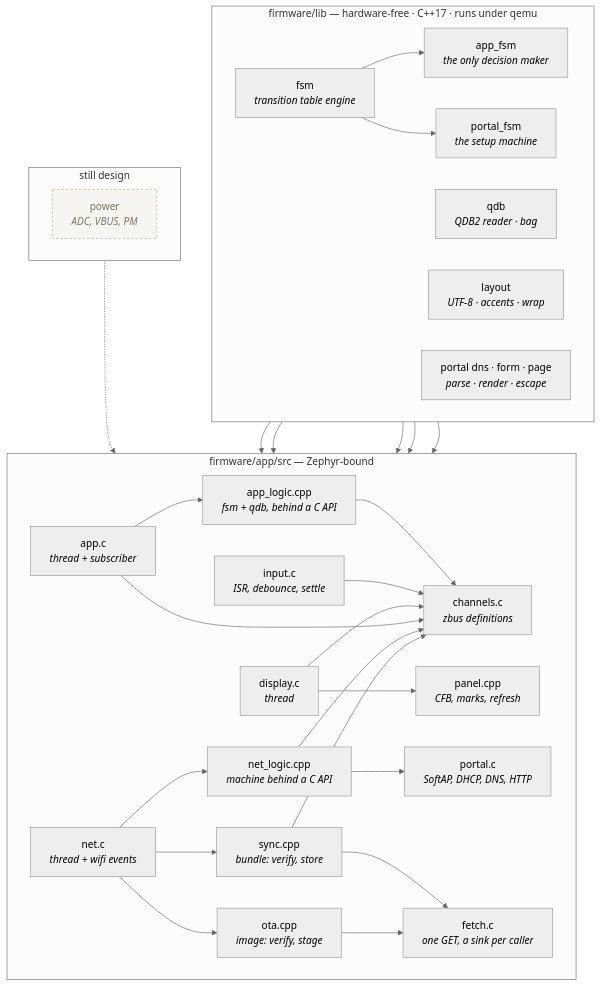
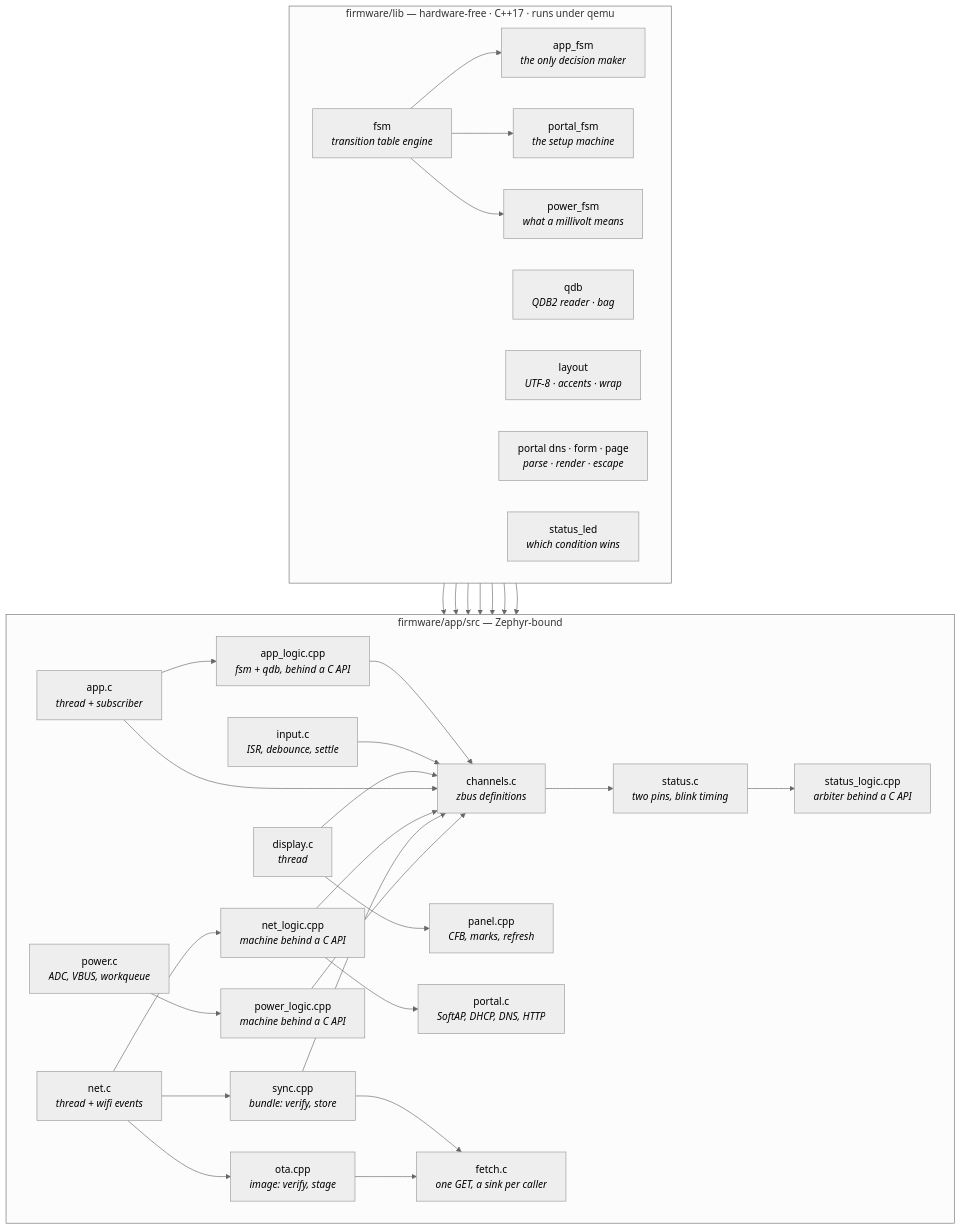
The fourth of 16 diagrams in docs/firmware_architecture.md (giacomomellone/cicala), drawn with Mermaid (neutral theme) before and after one commit. The commit also changed other lines of this file and 6 other files, not shown here.

````diff
--- a/docs/firmware_architecture.md
+++ b/docs/firmware_architecture.md
@@ -308,58 +349,65 @@
 ```mermaid
 flowchart TB
     subgraph pure["firmware/lib — hardware-free · C++17 · runs under qemu"]
         direction LR
         FSM[fsm<br/><i>transition table engine</i>]
         APPFSM[app_fsm<br/><i>the only decision maker</i>]
         QDB[qdb<br/><i>QDB2 reader · bag</i>]
         LAY[layout<br/><i>UTF-8 · accents · wrap</i>]
         PFSM[portal_fsm<br/><i>the setup machine</i>]
         PBITS[portal dns · form · page<br/><i>parse · render · escape</i>]
+        PWRFSM[power_fsm<br/><i>what a millivolt means</i>]
+        SLED[status_led<br/><i>which condition wins</i>]
     end
 
     subgraph glue["firmware/app/src — Zephyr-bound"]
         direction LR
         CHAN[channels.c<br/><i>zbus definitions</i>]
         INPUT[input.c<br/><i>ISR, debounce, settle</i>]
         APPC[app.c<br/><i>thread + subscriber</i>]
         LOGIC[app_logic.cpp<br/><i>fsm + qdb, behind a C API</i>]
         DISP[display.c<br/><i>thread</i>]
         PANEL[panel.cpp<br/><i>CFB, marks, refresh</i>]
         NETC[net.c<br/><i>thread + wifi events</i>]
         NLOG[net_logic.cpp<br/><i>machine behind a C API</i>]
         PORTALC[portal.c<br/><i>SoftAP, DHCP, DNS, HTTP</i>]
         FETCH[fetch.c<br/><i>one GET, a sink per caller</i>]
         SYNCC[sync.cpp<br/><i>bundle: verify, store</i>]
         OTAC[ota.cpp<br/><i>image: verify, stage</i>]
-    end
-
-    subgraph todo["still design"]
-        direction LR
-        POWER[power<br/><i>ADC, VBUS, PM</i>]:::t
+        PWRC[power.c<br/><i>ADC, VBUS, workqueue</i>]
+        PWRL[power_logic.cpp<br/><i>machine behind a C API</i>]
+        STATC[status.c<br/><i>two pins, blink timing</i>]
+        STATL[status_logic.cpp<br/><i>arbiter behind a C API</i>]
     end
 
     FSM --> APPFSM
     APPFSM --> LOGIC
     QDB --> LOGIC
     LAY --> PANEL
     APPC --> LOGIC
     LOGIC --> CHAN
     INPUT --> CHAN
     DISP --> PANEL
     DISP --> CHAN
     APPC --> CHAN
     FSM --> PFSM
     PFSM --> NLOG
     PBITS --> PORTALC
     NETC --> NLOG
     NLOG --> PORTALC
     NLOG --> CHAN
     NETC --> SYNCC
     NETC --> OTAC
     SYNCC --> FETCH
     OTAC --> FETCH
     SYNCC --> CHAN
-    POWER -.-> CHAN
+    FSM --> PWRFSM
+    PWRFSM --> PWRL
+    PWRC --> PWRL
+    PWRL --> CHAN
+    SLED --> STATL
+    STATC --> STATL
+    CHAN --> STATC
 
     classDef t fill:#f7f5f1,stroke:#b3aca0,stroke-dasharray:4 3,color:#7a736a
 ```
````
